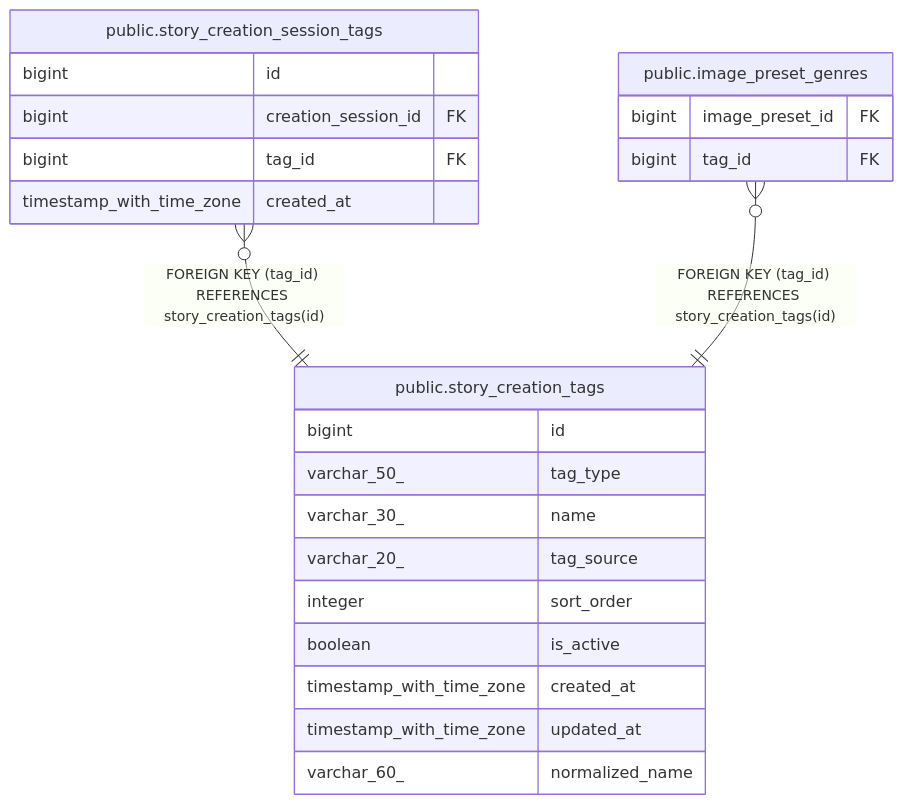
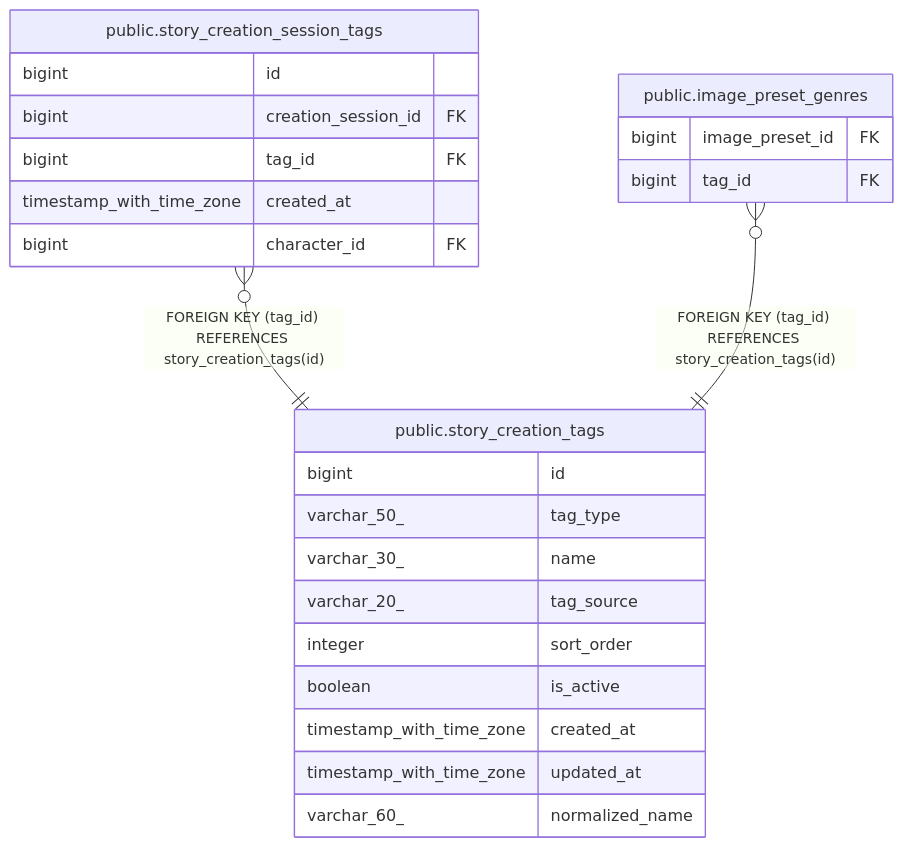
The diagram in dbdoc/public.story_creation_tags.md (KIM-N-KANG/manyak-server), drawn with Mermaid before and after one commit. The commit also changed 15 other files, not shown here.

````diff
--- a/dbdoc/public.story_creation_tags.md
+++ b/dbdoc/public.story_creation_tags.md
@@ -37,28 +37,29 @@
 ```mermaid
 erDiagram
 
 "public.story_creation_session_tags" }o--|| "public.story_creation_tags" : "FOREIGN KEY (tag_id) REFERENCES story_creation_tags(id)"
 "public.image_preset_genres" }o--|| "public.story_creation_tags" : "FOREIGN KEY (tag_id) REFERENCES story_creation_tags(id)"
 
 "public.story_creation_tags" {
   bigint id
   varchar_50_ tag_type
   varchar_30_ name
   varchar_20_ tag_source
   integer sort_order
   boolean is_active
   timestamp_with_time_zone created_at
   timestamp_with_time_zone updated_at
   varchar_60_ normalized_name
 }
 "public.story_creation_session_tags" {
   bigint id
   bigint creation_session_id FK
   bigint tag_id FK
   timestamp_with_time_zone created_at
+  bigint character_id FK
 }
 "public.image_preset_genres" {
   bigint image_preset_id FK
   bigint tag_id FK
 }
 ```
````
